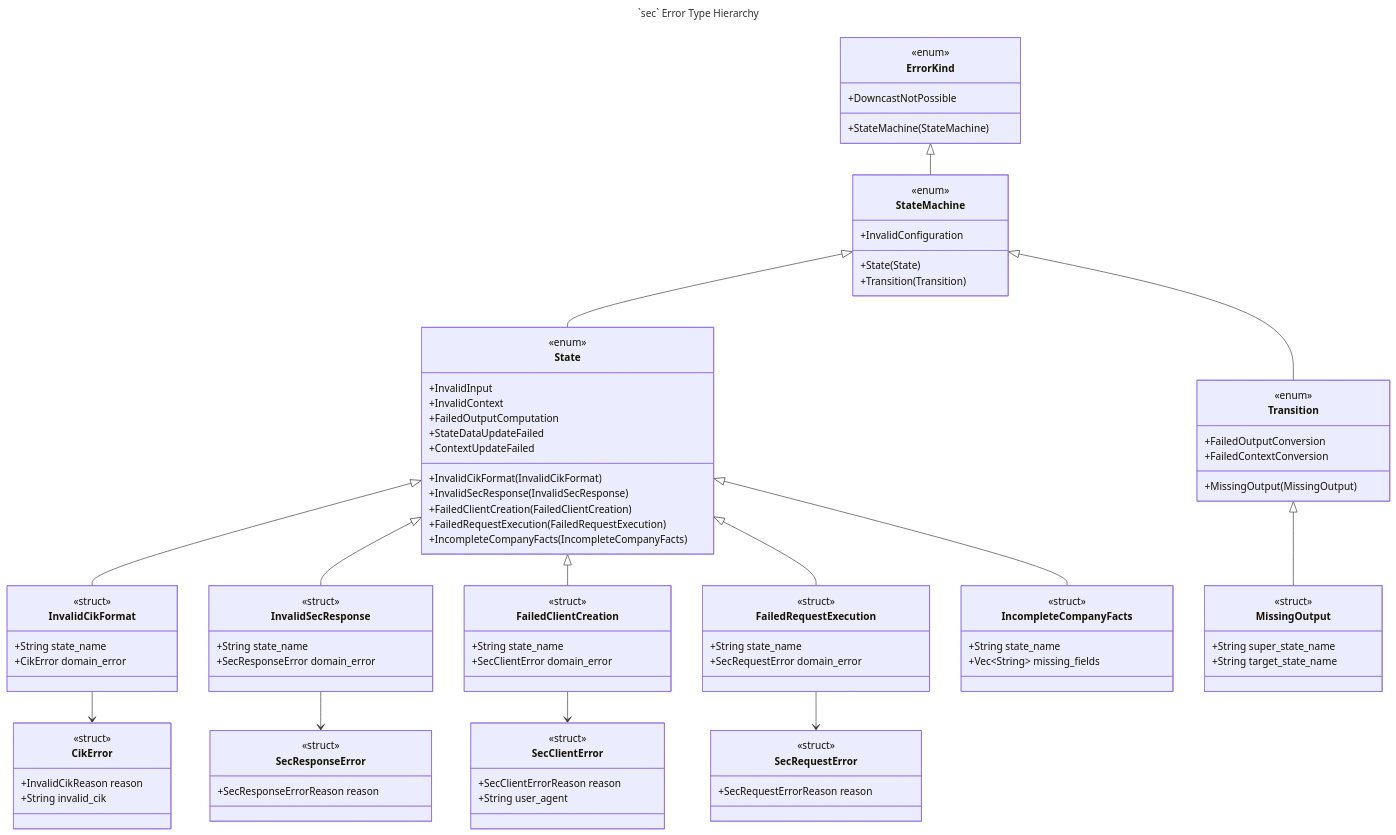
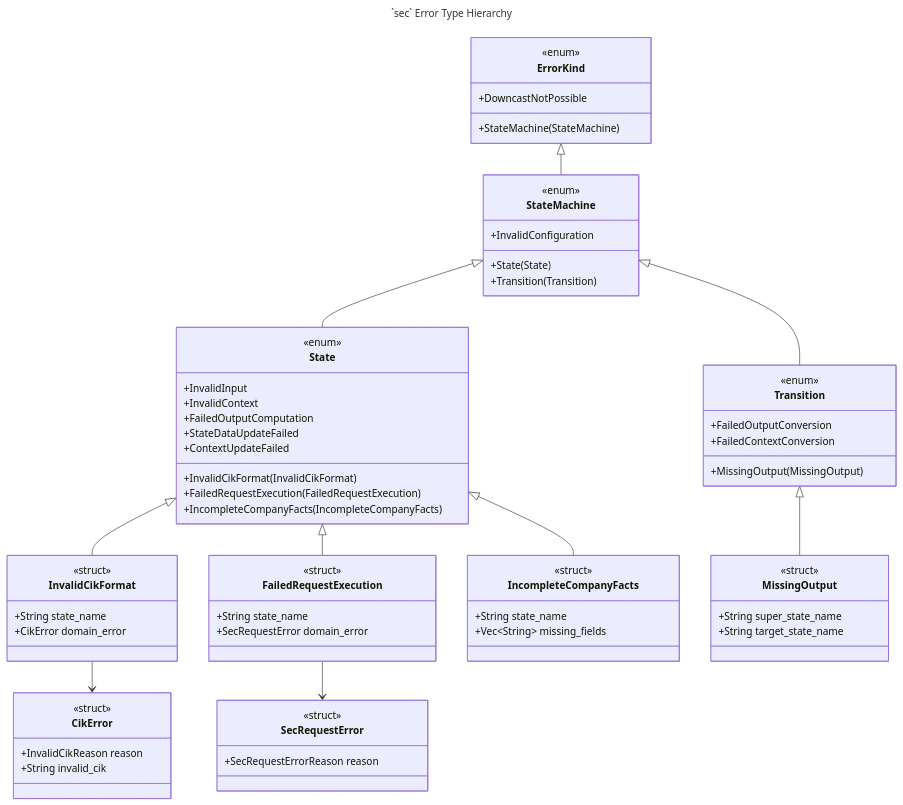
The third of 3 diagrams in README.md (ironcapitaleu/arkad), drawn with Mermaid before and after one commit. The commit also changed other lines of this file and 5 other files, not shown here.

````diff
--- a/README.md
+++ b/README.md
@@ -163,8 +163,6 @@
     class State {
         <<enum>>
         +InvalidCikFormat(InvalidCikFormat)
-        +InvalidSecResponse(InvalidSecResponse)
-        +FailedClientCreation(FailedClientCreation)
         +FailedRequestExecution(FailedRequestExecution)
         +IncompleteCompanyFacts(IncompleteCompanyFacts)
         +InvalidInput
@@ -183,16 +181,6 @@
         <<struct>>
         +String state_name
         +CikError domain_error
-    }
-    class InvalidSecResponse{
-        <<struct>>
-        +String state_name
-        +SecResponseError domain_error
-    }
-    class FailedClientCreation{
-        <<struct>>
-        +String state_name
-        +SecClientError domain_error
     }
     class FailedRequestExecution{
         <<struct>>
@@ -214,15 +202,6 @@
         +InvalidCikReason reason
         +String invalid_cik
     }
-    class SecResponseError{
-        <<struct>>
-        +SecResponseErrorReason reason
-    }
-    class SecClientError{
-        <<struct>>
-        +SecClientErrorReason reason
-        +String user_agent
-    }
     class SecRequestError{
         <<struct>>
         +SecRequestErrorReason reason
@@ -231,13 +210,9 @@
     StateMachine <|-- State
     StateMachine <|-- Transition
     State <|-- InvalidCikFormat
-    State <|-- InvalidSecResponse
-    State <|-- FailedClientCreation
     State <|-- FailedRequestExecution
     State <|-- IncompleteCompanyFacts
     Transition <|-- MissingOutput
     InvalidCikFormat --> CikError
-    InvalidSecResponse --> SecResponseError
-    FailedClientCreation --> SecClientError
     FailedRequestExecution --> SecRequestError
 ```
````
